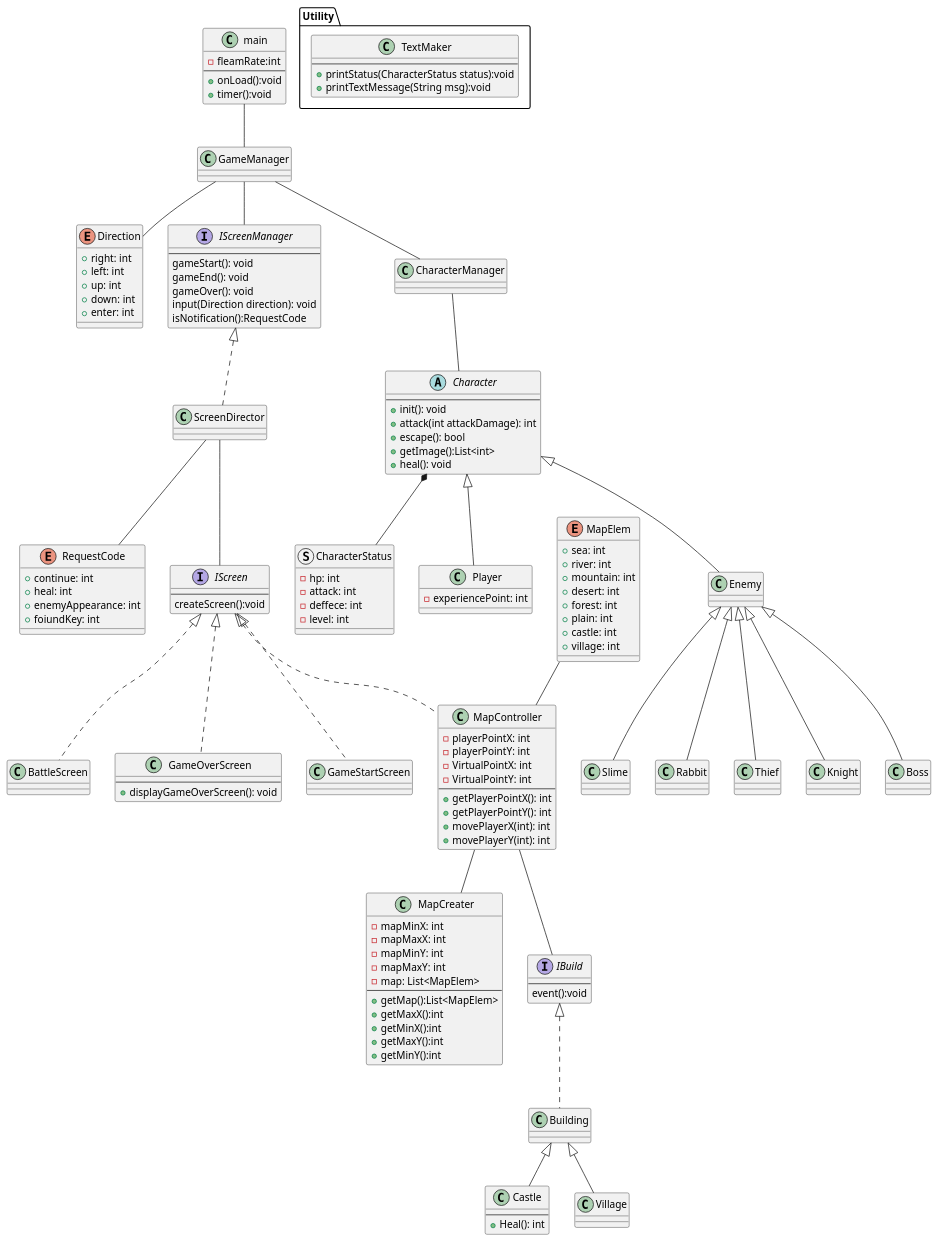
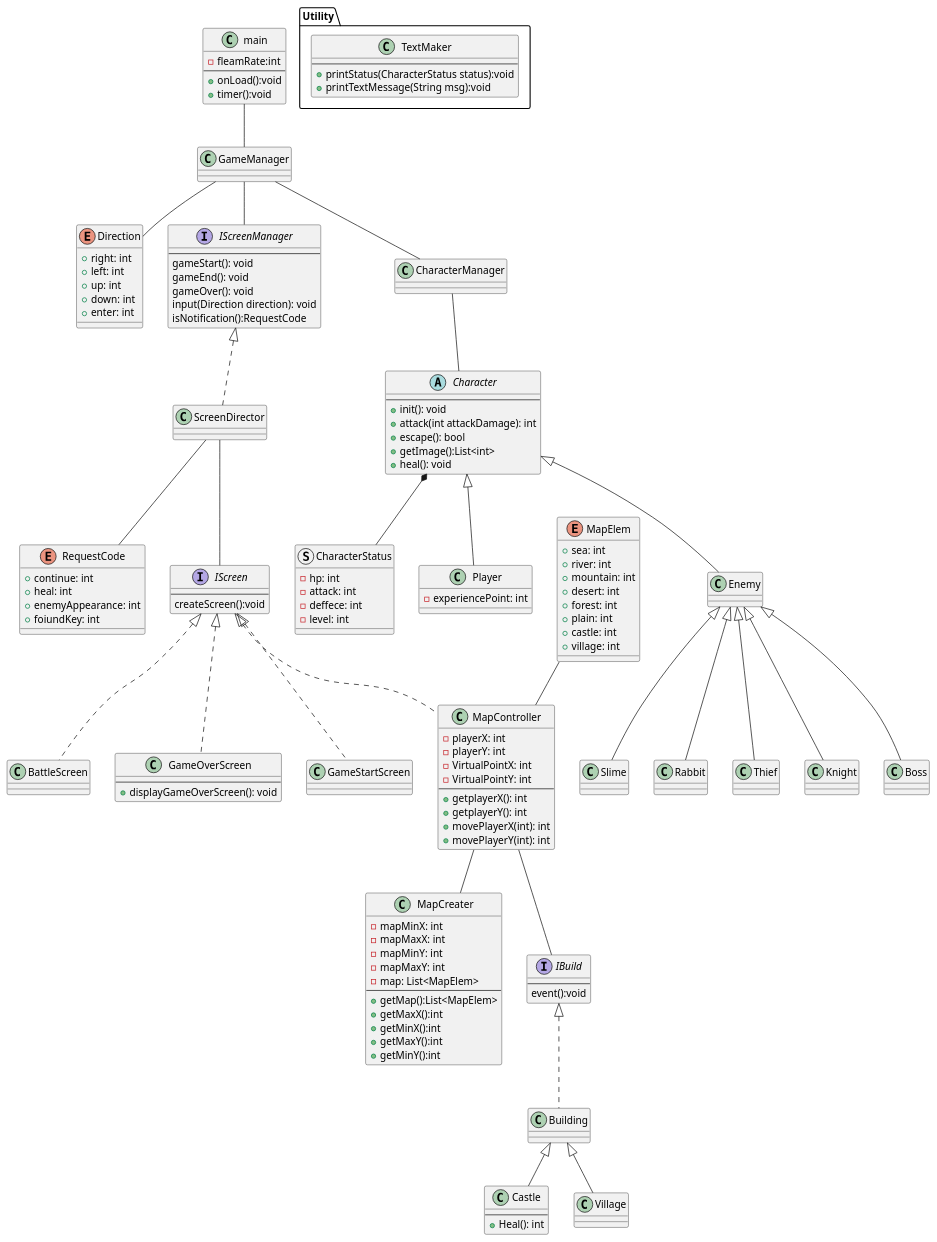
Before and after one commit to yudai19990419/ScriptGame2D: the diagram in design/class_design.pu, drawn with PlantUML. The commit also changed 19 other files, not shown here.

```diff
--- a/design/class_design.pu
+++ b/design/class_design.pu
@@ -45,13 +45,13 @@
 }
 
 class MapController {
-    -playerPointX: int
-    -playerPointY: int
+    -playerX: int
+    -playerY: int
     -VirtualPointX: int
     -VirtualPointY: int
     --
-    +getPlayerPointX(): int
-    +getPlayerPointY(): int
+    +getplayerX(): int
+    +getplayerY(): int
     +movePlayerX(int): int
     +movePlayerY(int): int  
 }
```
